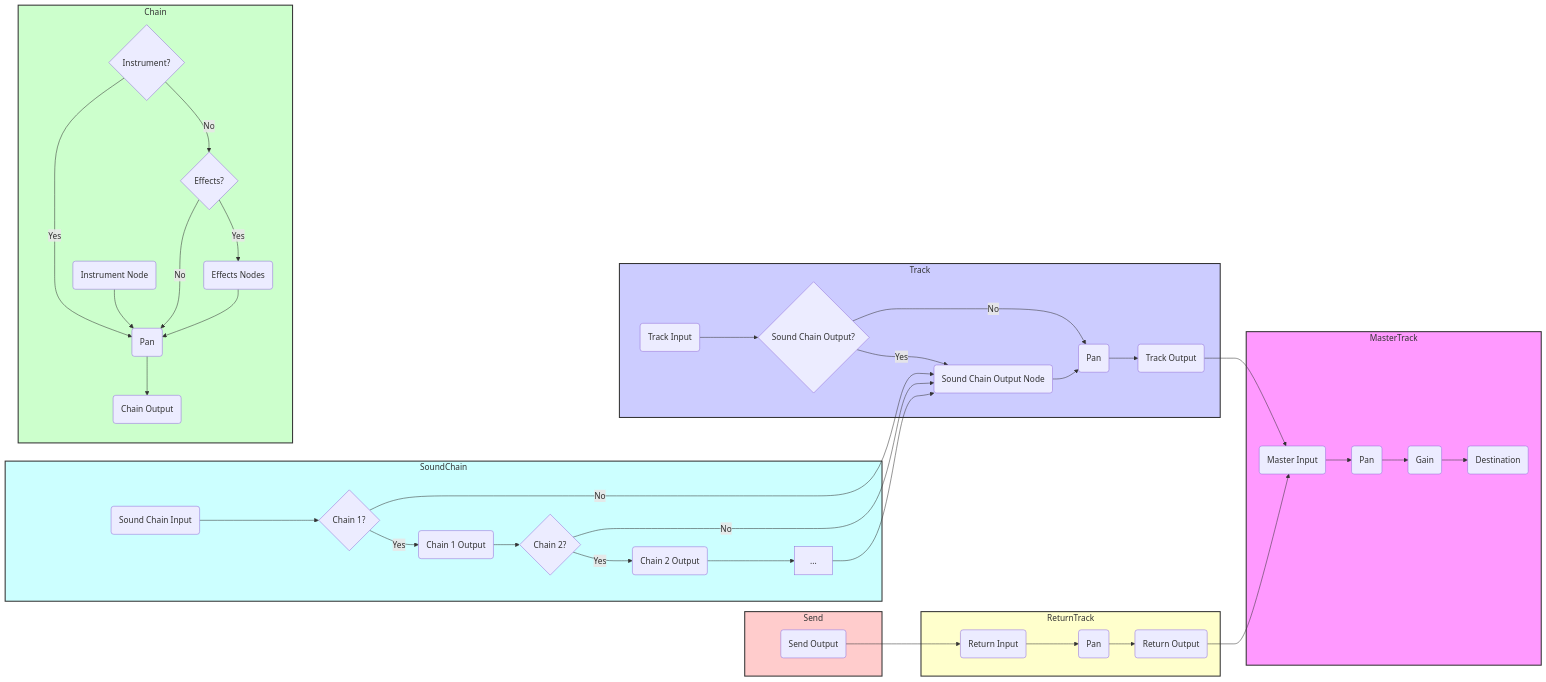
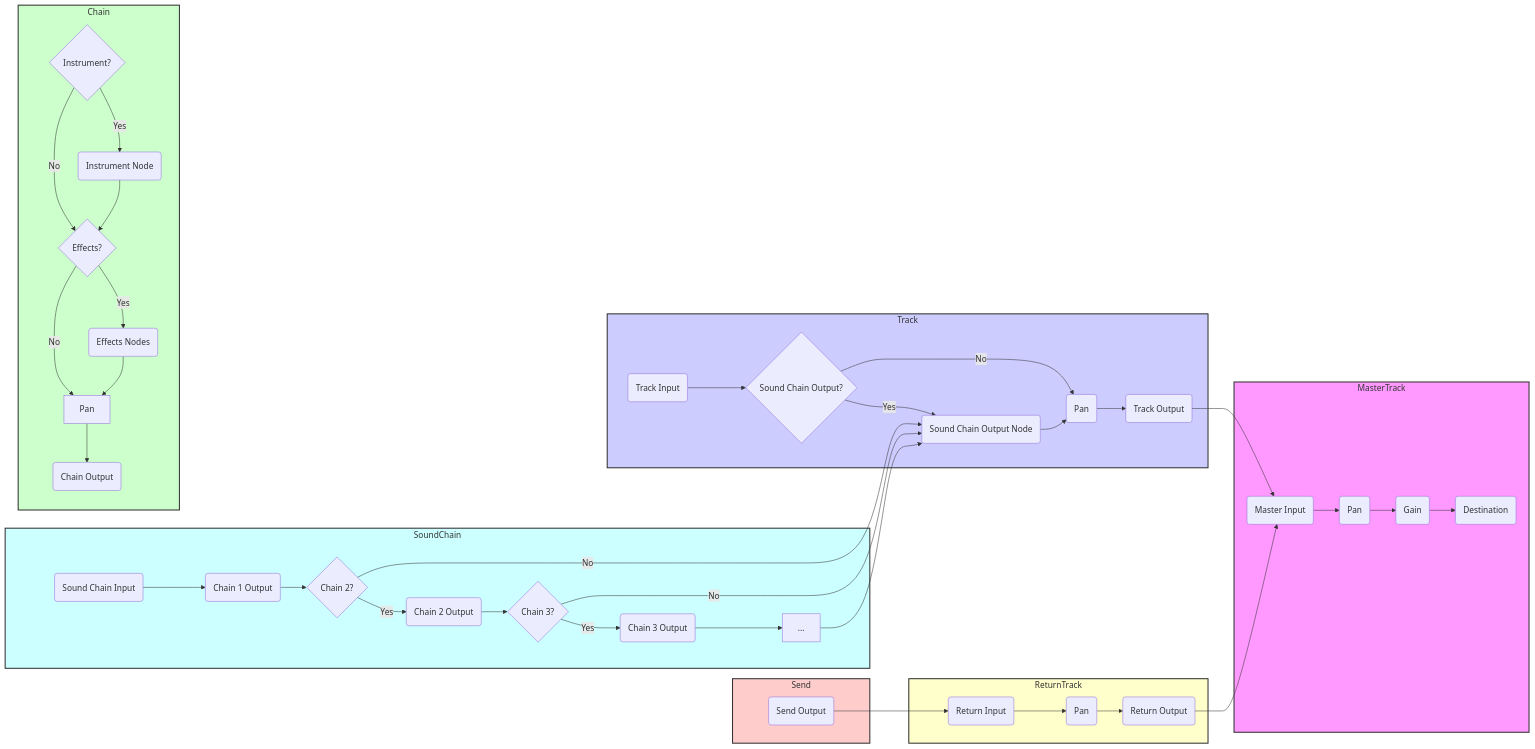
Before and after one commit to yannmazita/daw.ts: the first of 5 diagrams in README.md, drawn with Mermaid. The commit also changed 14 other files, not shown here.

````diff
--- a/README.md
+++ b/README.md
@@ -42,57 +42,57 @@
 ```mermaid
 graph LR
     subgraph MasterTrack
         MT_Input(Master Input) --> MT_Pan(Pan)
         MT_Pan --> MT_Gain(Gain)
         MT_Gain --> MT_Output(Destination)
     end
 
     subgraph Track
         Track_Input(Track Input) --> SoundChainOutput{Sound Chain Output?}
         SoundChainOutput -- Yes --> SC_Output(Sound Chain Output Node)
         SoundChainOutput -- No --> Track_Pan
         SC_Output --> Track_Pan(Pan)
         Track_Pan --> Track_Output(Track Output)
     end
 
     subgraph SoundChain
-        SC_Input(Sound Chain Input) --> Chain1{Chain 1?}
-        Chain1 -- Yes --> Chain1_Output(Chain 1 Output)
-        Chain1 -- No --> SC_Output
+        SC_Input(Sound Chain Input) --> Chain1_Output(Chain 1 Output)
         Chain1_Output --> Chain2{Chain 2?}
-         Chain2 -- Yes --> Chain2_Output(Chain 2 Output)
+        Chain2 -- Yes --> Chain2_Output(Chain 2 Output)
         Chain2 -- No --> SC_Output
-        Chain2_Output --> ...
-        ... --> SC_Output(Sound Chain Output Node)
+        Chain2_Output --> Chain3{Chain 3?}
+        Chain3 -- Yes --> Chain3_Output(Chain 3 Output)
+        Chain3 -- No --> SC_Output
+        Chain3_Output --> ... --> SC_Output(Sound Chain Output Node)
     end
 
     subgraph Chain
-        Chain_Instrument{Instrument?} -- Yes --> Chain_Pan
+        Chain_Instrument{Instrument?} -- Yes --> Chain_InstrumentNode(Instrument Node)
         Chain_Instrument -- No --> Chain_Effects{Effects?}
-        Chain_InstrumentNode(Instrument Node) --> Chain_Pan(Pan)
+        Chain_InstrumentNode --> Chain_Effects
         Chain_Effects -- Yes --> Chain_EffectsNodes(Effects Nodes)
-        Chain_Effects -- No --> Chain_Pan
-        Chain_EffectsNodes --> Chain_Pan
-        Chain_Pan --> Chain_Output(Chain Output)
+        Chain_Effects -- No --> Pan
+        Chain_EffectsNodes --> Pan
+        Pan --> Chain_Output(Chain Output)
     end
 
     subgraph ReturnTrack
         RT_Input(Return Input) --> RT_Pan(Pan)
         RT_Pan --> RT_Output(Return Output)
     end
 
     subgraph Send
         Send_Output(Send Output)
     end
 
     Track_Output --> MT_Input
     RT_Output --> MT_Input
     Send_Output --> RT_Input
 
     style MasterTrack fill:#f9f,stroke:#333,stroke-width:2px
     style Track fill:#ccf,stroke:#333,stroke-width:2px
     style SoundChain fill:#cff,stroke:#333,stroke-width:2px
     style Chain fill:#cfc,stroke:#333,stroke-width:2px
     style ReturnTrack fill:#ffc,stroke:#333,stroke-width:2px
     style Send fill:#fcc,stroke:#333,stroke-width:2px
 ```
````
